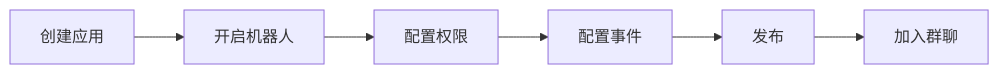
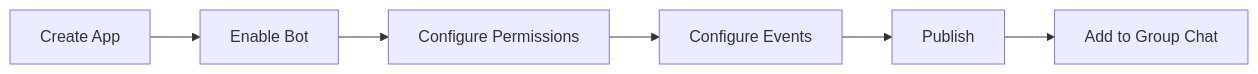
One commit to vzxxbacq/CollabVibe changed the second of 2 diagrams in docs/00-overview/platform-feishu.md. Above: the diagram before and after it, drawn with Mermaid. The commit also changed other lines of this file and 975 other files, not shown here.

````diff
--- a/docs/00-overview/platform-feishu.md
+++ b/docs/00-overview/platform-feishu.md
@@ -51,8 +51,8 @@
 ```mermaid
 flowchart LR
-  A[创建应用] --> B[开启机器人]
-  B --> C[配置权限]
-  C --> D[配置事件]
-  D --> E[发布]
-  E --> F[加入群聊]
+  A[Create App] --> B[Enable Bot]
+  B --> C[Configure Permissions]
+  C --> D[Configure Events]
+  D --> E[Publish]
+  E --> F[Add to Group Chat]
 ```
````
